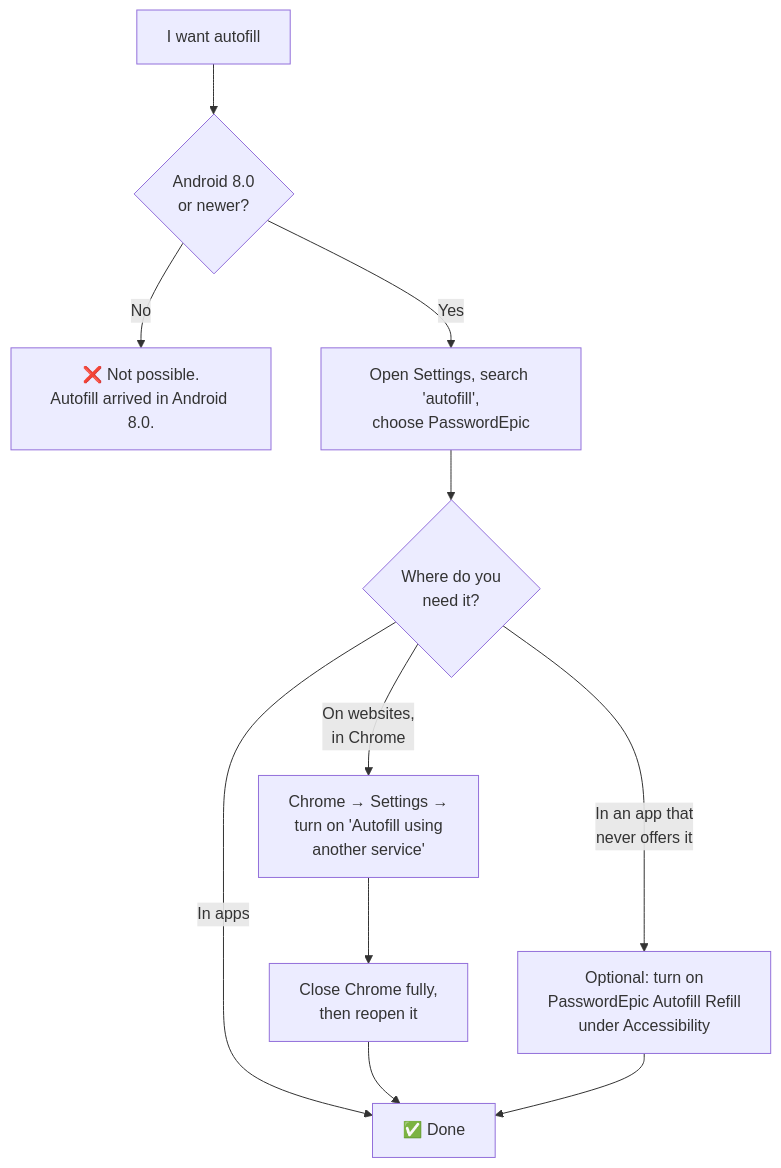
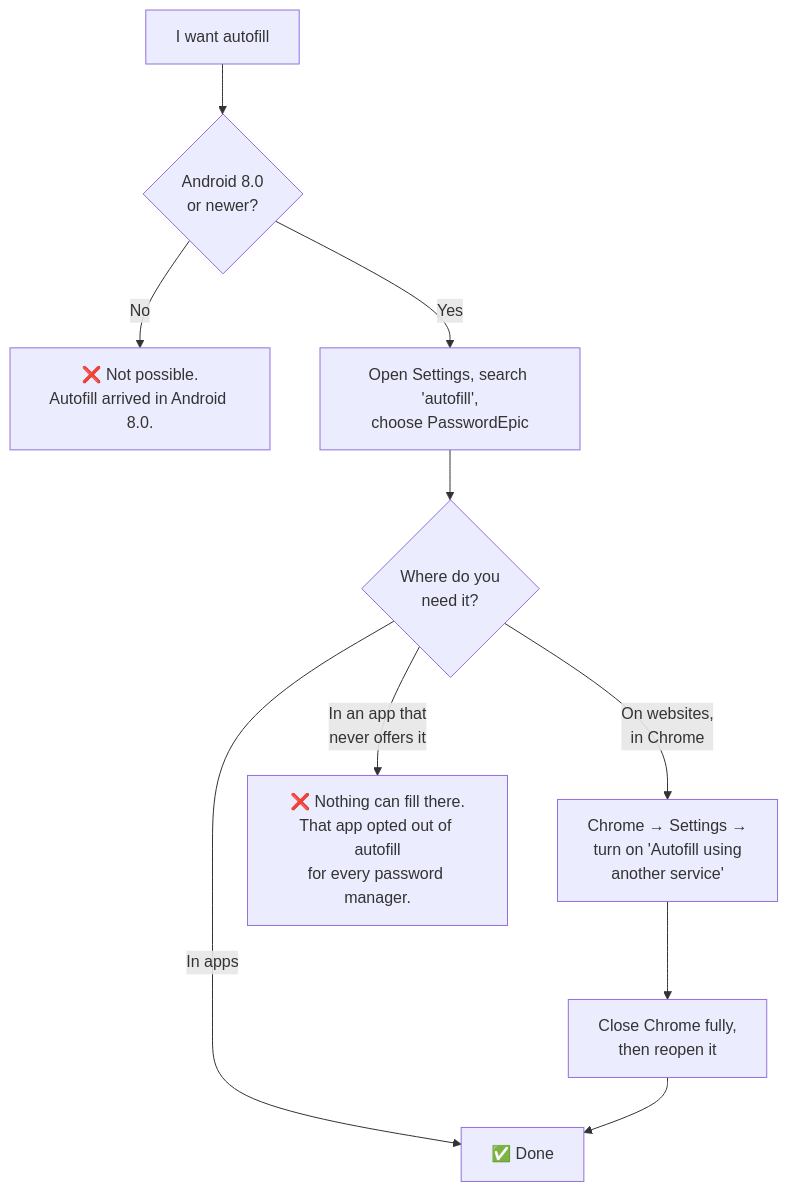
Before and after one commit to TuPhung369/passwordepic-website: the first of 3 diagrams in docs/autofill.md, drawn with Mermaid. The commit also changed other lines of this file and 3 other files, not shown here.

````diff
--- a/docs/autofill.md
+++ b/docs/autofill.md
@@ -25,13 +25,12 @@
 ```mermaid
 flowchart TD
   A["I want autofill"] --> B{"Android 8.0<br/>or newer?"}
   B -->|"No"| X["❌ Not possible.<br/>Autofill arrived in Android 8.0."]
   B -->|"Yes"| C["Open Settings, search 'autofill',<br/>choose PasswordEpic"]
   C --> D{"Where do you<br/>need it?"}
   D -->|"In apps"| E["✅ Done"]
   D -->|"On websites,<br/>in Chrome"| F["Chrome → Settings →<br/>turn on 'Autofill using<br/>another service'"]
   F --> G["Close Chrome fully,<br/>then reopen it"]
   G --> E
-  D -->|"In an app that<br/>never offers it"| H["Optional: turn on<br/>PasswordEpic Autofill Refill<br/>under Accessibility"]
-  H --> E
+  D -->|"In an app that<br/>never offers it"| H["❌ Nothing can fill there.<br/>That app opted out of autofill<br/>for every password manager."]
 ```
````
